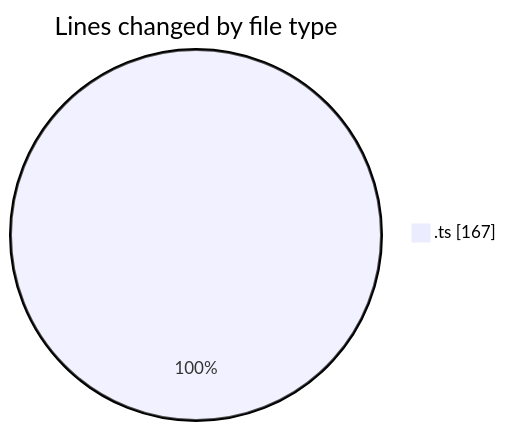
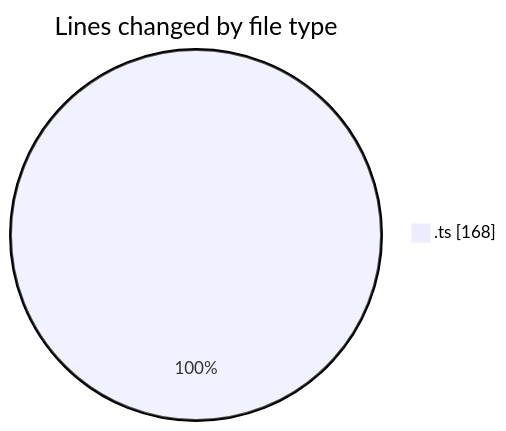
The first of 2 diagrams in 2025-11-13/eventscop-frontend-guide__workspace_/README.md (julien-gomy/code-tracking), drawn with Mermaid before and after one commit. The commit also changed other lines of this file and 1 other file, not shown here.

````diff
--- a/2025-11-13/eventscop-frontend-guide__workspace_/README.md
+++ b/2025-11-13/eventscop-frontend-guide__workspace_/README.md
@@ -21,5 +21,5 @@
 ```mermaid
 pie showData
 title Lines changed by file type
-".ts" : 167
+".ts" : 168
 ```
````
